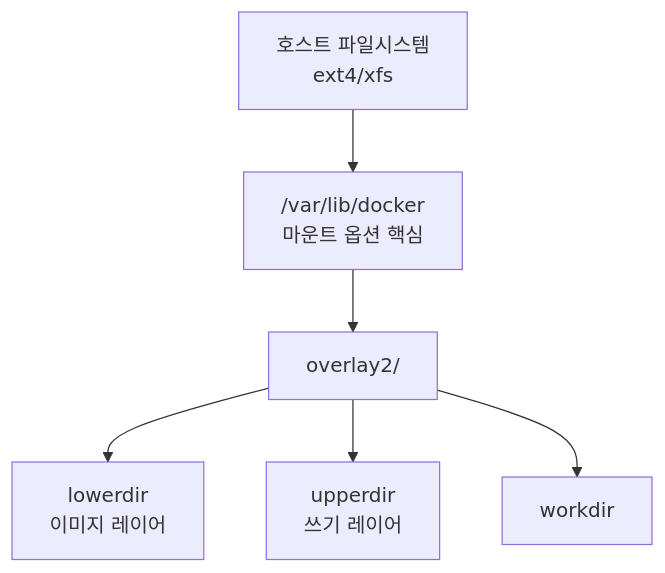
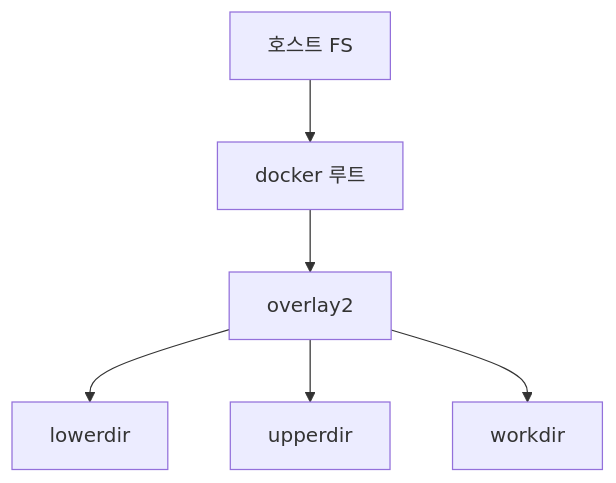
One commit to moonblueblue/devops-wiki changed the third of 3 diagrams in content/linux/filesystem-storage/mount-tuning.md. Above: the diagram before and after it, drawn with Mermaid. The commit also changed other lines of this file and 37 other files, not shown here.

First line of the commit message:
style: linux 카테고리 ASCII 도표·Mermaid 라벨 형식 교정

````diff
--- a/content/linux/filesystem-storage/mount-tuning.md
+++ b/content/linux/filesystem-storage/mount-tuning.md
@@ -463,9 +464,9 @@
 ```mermaid
 graph TD
-    HOST["호스트 파일시스템\next4/xfs"]
-    --> DOCKER["/var/lib/docker\n마운트 옵션 핵심"]
-    --> OVL["overlay2/"]
-    OVL --> LOW["lowerdir\n이미지 레이어"]
-    OVL --> UPP["upperdir\n쓰기 레이어"]
+    HOST["호스트 FS"]
+    --> DOCKER["docker 루트"]
+    --> OVL["overlay2"]
+    OVL --> LOW["lowerdir"]
+    OVL --> UPP["upperdir"]
     OVL --> WORK["workdir"]
 ```
````
